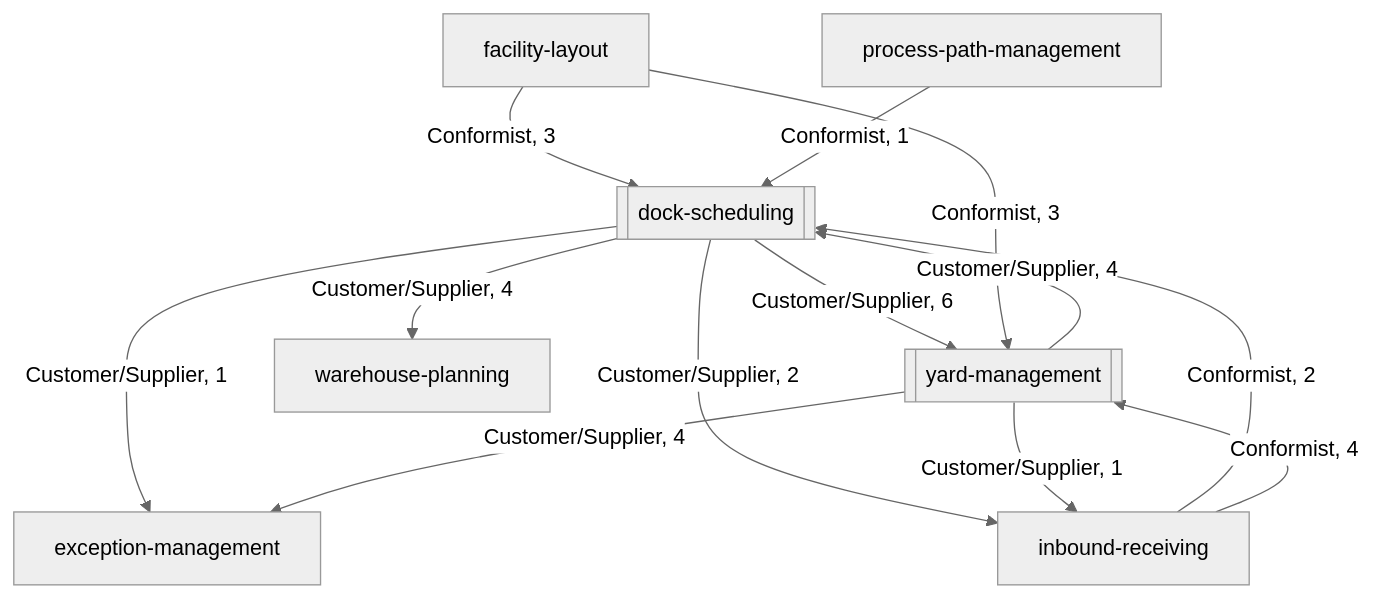
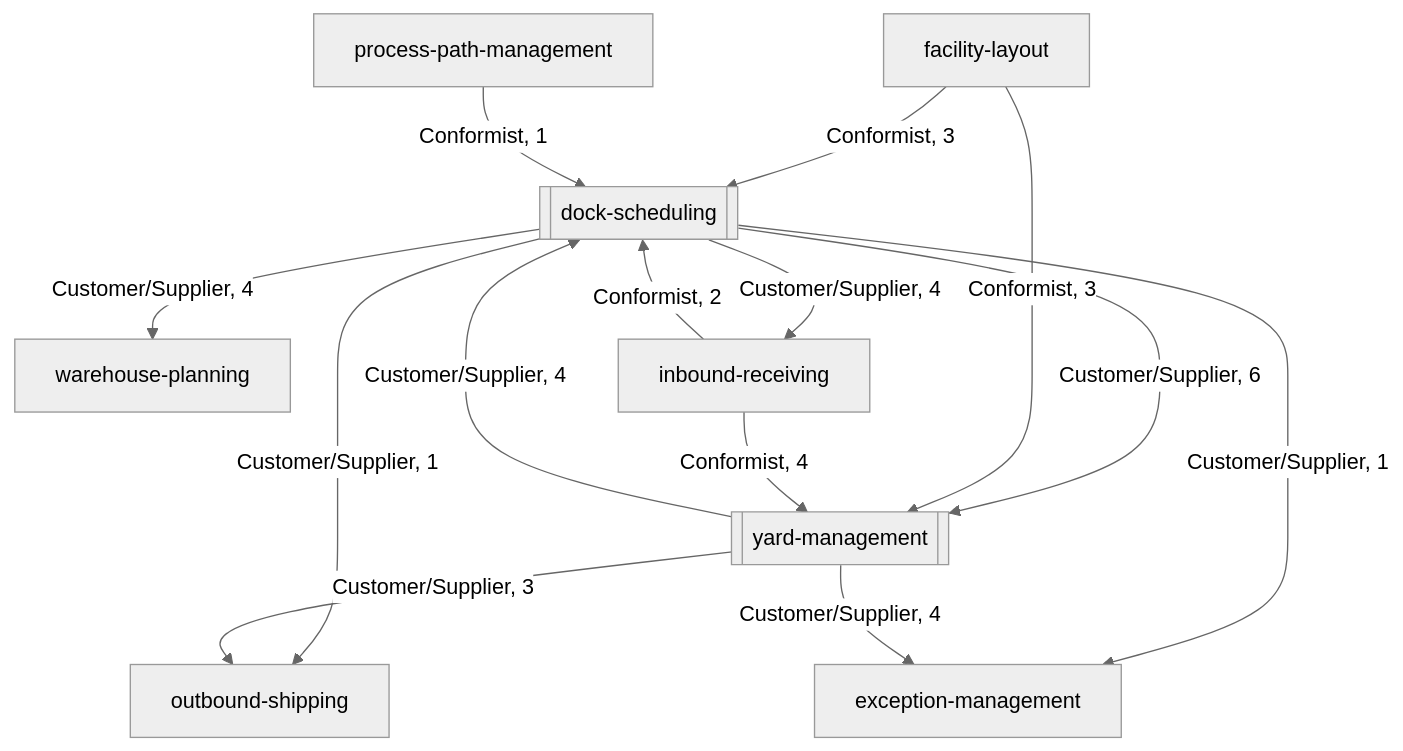
One commit to IQVO/warehouse-docs changed the diagram in yard/docs/strategic-design/context-map.md. Above: the diagram before and after it, drawn with Mermaid (neutral theme). The commit also changed other lines of this file and 51 other files, not shown here.

First line of the commit message:
docs(yard): as-built refresh: dock-scheduling and yard-management are built on develop, not deployed (#118)

````diff
--- a/yard/docs/strategic-design/context-map.md
+++ b/yard/docs/strategic-design/context-map.md
@@ -18,22 +18,24 @@
 ```mermaid
 flowchart TD
   dock_scheduling[["dock-scheduling"]]
   yard_management[["yard-management"]]
   warehouse_planning["warehouse-planning"]
   inbound_receiving["inbound-receiving"]
+  outbound_shipping["outbound-shipping"]
   exception_management["exception-management"]
   facility_layout["facility-layout"]
   process_path_management["process-path-management"]
   dock_scheduling -->|Customer/Supplier, 6| yard_management
   dock_scheduling -->|Customer/Supplier, 4| warehouse_planning
-  dock_scheduling -->|Customer/Supplier, 2| inbound_receiving
+  dock_scheduling -->|Customer/Supplier, 4| inbound_receiving
+  dock_scheduling -->|Customer/Supplier, 1| outbound_shipping
   dock_scheduling -->|Customer/Supplier, 1| exception_management
   yard_management -->|Customer/Supplier, 4| dock_scheduling
   yard_management -->|Customer/Supplier, 4| exception_management
-  yard_management -->|Customer/Supplier, 1| inbound_receiving
+  yard_management -->|Customer/Supplier, 3| outbound_shipping
   facility_layout -->|Conformist, 3| dock_scheduling
   inbound_receiving -->|Conformist, 2| dock_scheduling
   process_path_management -->|Conformist, 1| dock_scheduling
   facility_layout -->|Conformist, 3| yard_management
   inbound_receiving -->|Conformist, 4| yard_management
 ```
````
